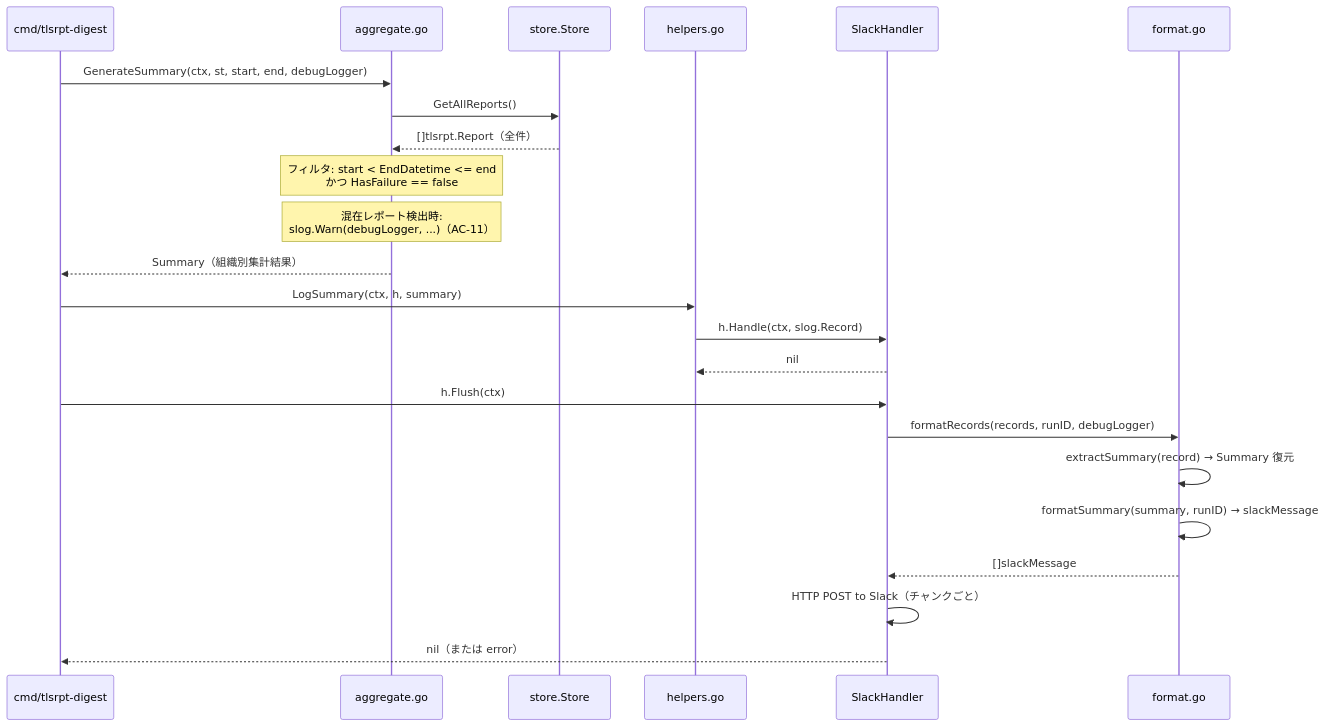
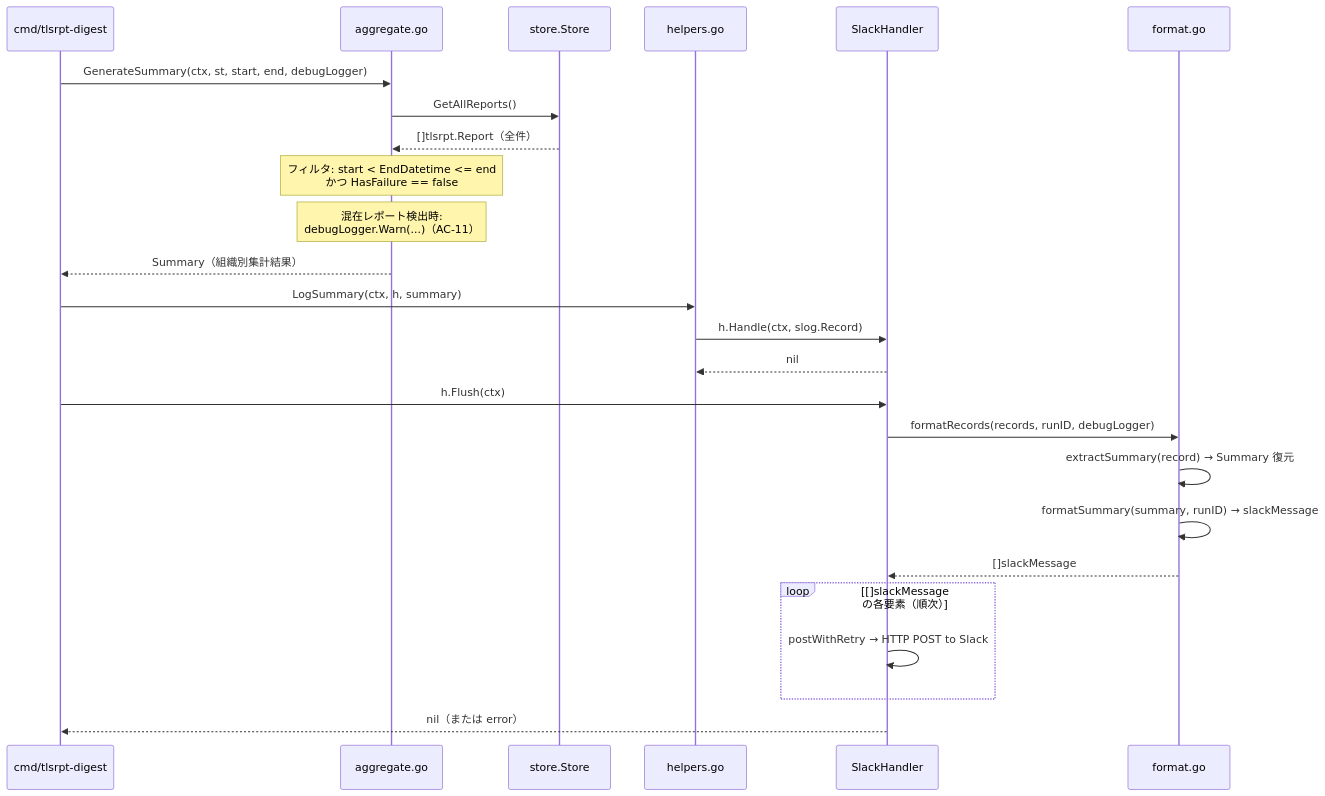
Before and after one commit to isseis/tlsrpt-digest: the fourth of 7 diagrams in docs/tasks/0050_weekly_summary/02_architecture.md, drawn with Mermaid. The commit also changed other lines of this file, not shown here.

First line of the commit message:
docs(weekly-summary): fix architecture doc inaccuracies from review

````diff
--- a/docs/tasks/0050_weekly_summary/02_architecture.md
+++ b/docs/tasks/0050_weekly_summary/02_architecture.md
@@ -150,28 +150,30 @@
 ```mermaid
 sequenceDiagram
     participant CMD as cmd/tlsrpt-digest
     participant AGG as aggregate.go
     participant ST as store.Store
     participant HLP as helpers.go
     participant HDL as SlackHandler
     participant FMT as format.go
 
     CMD->>AGG: GenerateSummary(ctx, st, start, end, debugLogger)
     AGG->>ST: GetAllReports()
     ST-->>AGG: []tlsrpt.Report（全件）
     note over AGG: フィルタ: start < EndDatetime <= end<br>かつ HasFailure == false
-    note over AGG: 混在レポート検出時:<br>slog.Warn(debugLogger, ...)（AC-11）
+    note over AGG: 混在レポート検出時:<br>debugLogger.Warn(...)（AC-11）
     AGG-->>CMD: Summary（組織別集計結果）
 
     CMD->>HLP: LogSummary(ctx, h, summary)
     HLP->>HDL: h.Handle(ctx, slog.Record)
     HDL-->>HLP: nil
 
     CMD->>HDL: h.Flush(ctx)
     HDL->>FMT: formatRecords(records, runID, debugLogger)
     FMT->>FMT: extractSummary(record) → Summary 復元
     FMT->>FMT: formatSummary(summary, runID) → slackMessage
     FMT-->>HDL: []slackMessage
-    HDL->>HDL: HTTP POST to Slack（チャンクごと）
+    loop []slackMessage の各要素（順次）
+        HDL->>HDL: postWithRetry → HTTP POST to Slack
+    end
     HDL-->>CMD: nil（または error）
 ```
````
